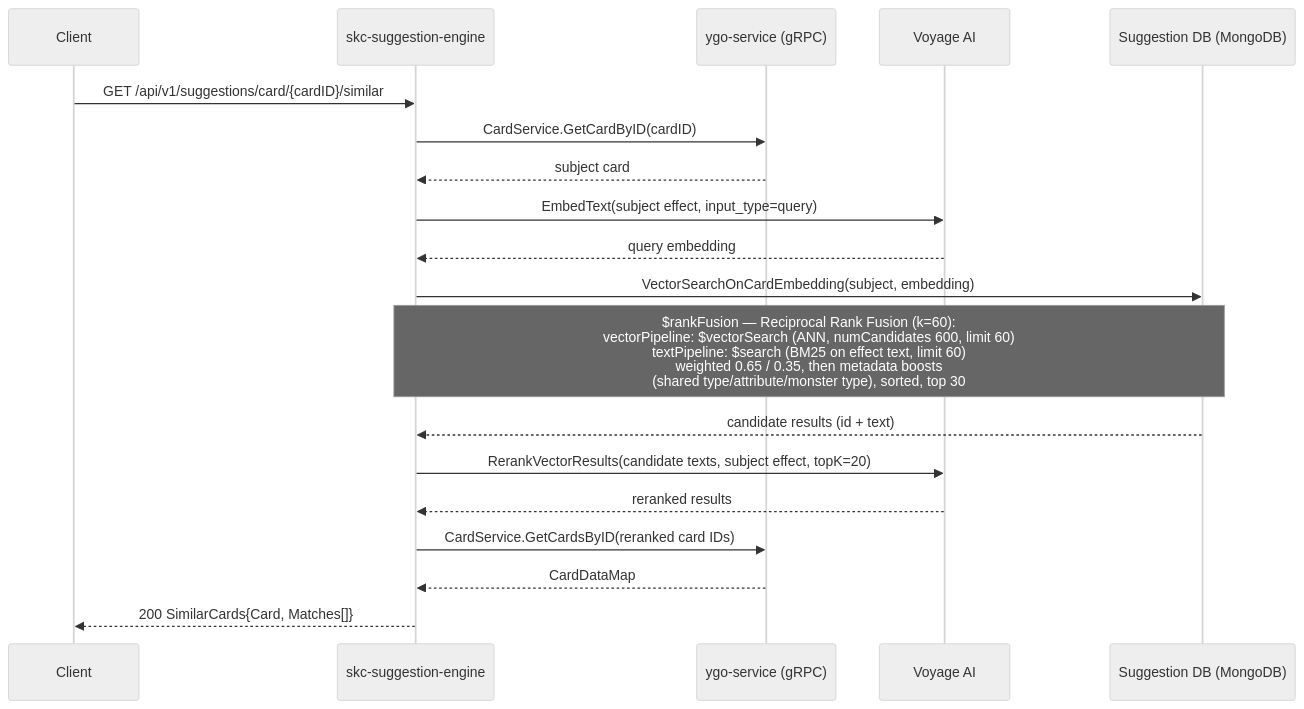
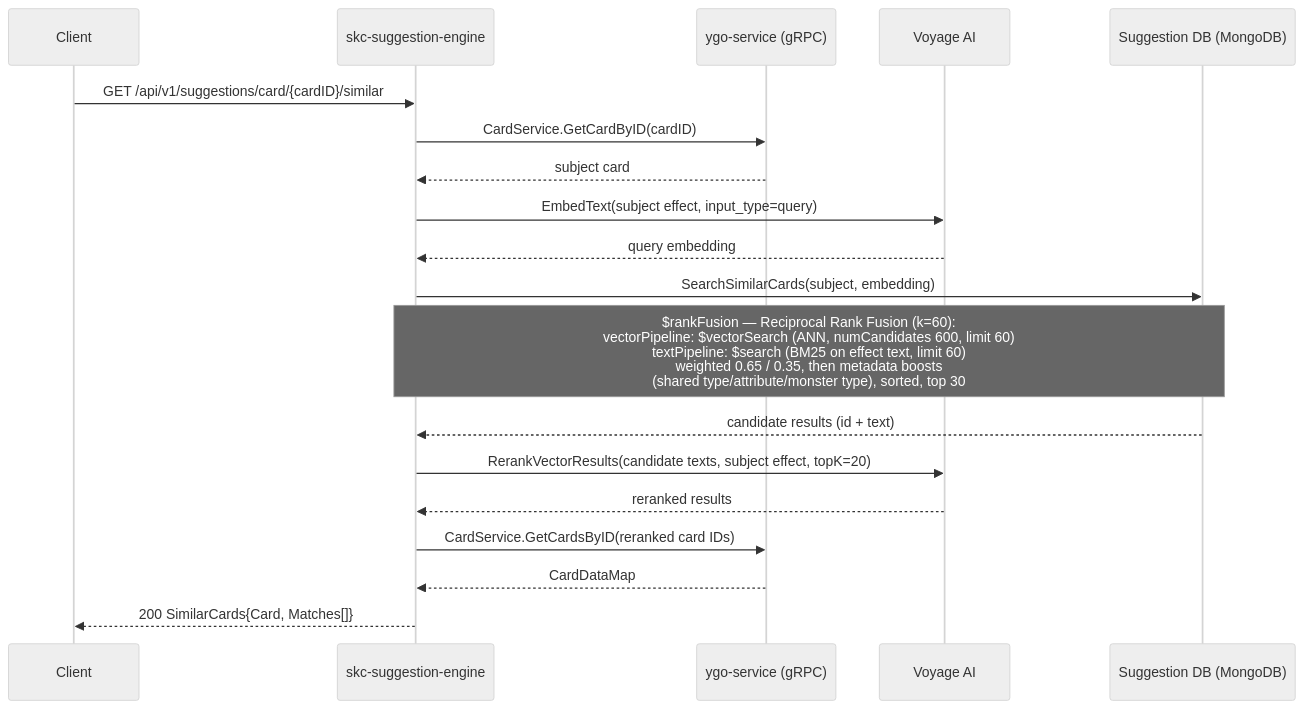
One commit to ygo-skc/skc-suggestion-engine changed the eighth of 13 diagrams in SYSTEM_DESIGN.md. Above: the diagram before and after it, drawn with Mermaid (neutral theme). The commit also changed 4 other files, not shown here.

Commit message:
Adding new func to search by semantically similar string

````diff
--- a/SYSTEM_DESIGN.md
+++ b/SYSTEM_DESIGN.md
@@ -169,22 +169,22 @@
 ```mermaid
 sequenceDiagram
     participant Client
     participant API as skc-suggestion-engine
     participant YGO as ygo-service (gRPC)
     participant Voyage as Voyage AI
     participant DB as Suggestion DB (MongoDB)
 
     Client->>API: GET /api/v1/suggestions/card/{cardID}/similar
     API->>YGO: CardService.GetCardByID(cardID)
     YGO-->>API: subject card
     API->>Voyage: EmbedText(subject effect, input_type=query)
     Voyage-->>API: query embedding
-    API->>DB: VectorSearchOnCardEmbedding(subject, embedding)
+    API->>DB: SearchSimilarCards(subject, embedding)
     Note over API,DB: $rankFusion — Reciprocal Rank Fusion (k=60):<br/>vectorPipeline: $vectorSearch (ANN, numCandidates 600, limit 60)<br/>textPipeline: $search (BM25 on effect text, limit 60)<br/>weighted 0.65 / 0.35, then metadata boosts<br/>(shared type/attribute/monster type), sorted, top 30
     DB-->>API: candidate results (id + text)
     API->>Voyage: RerankVectorResults(candidate texts, subject effect, topK=20)
     Voyage-->>API: reranked results
     API->>YGO: CardService.GetCardsByID(reranked card IDs)
     YGO-->>API: CardDataMap
     API-->>Client: 200 SimilarCards{Card, Matches[]}
 ```
````
